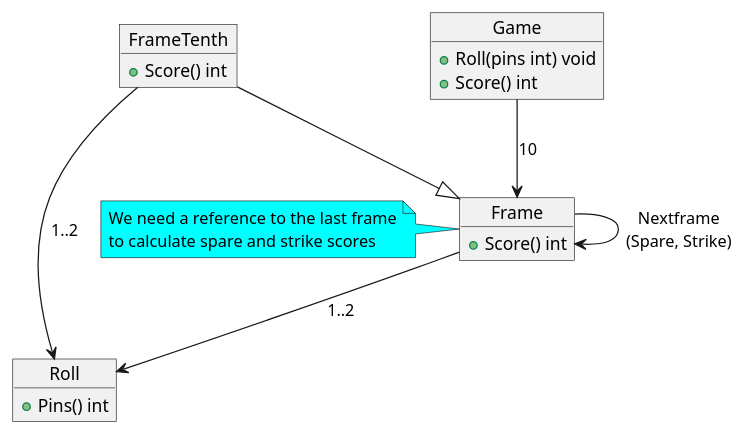
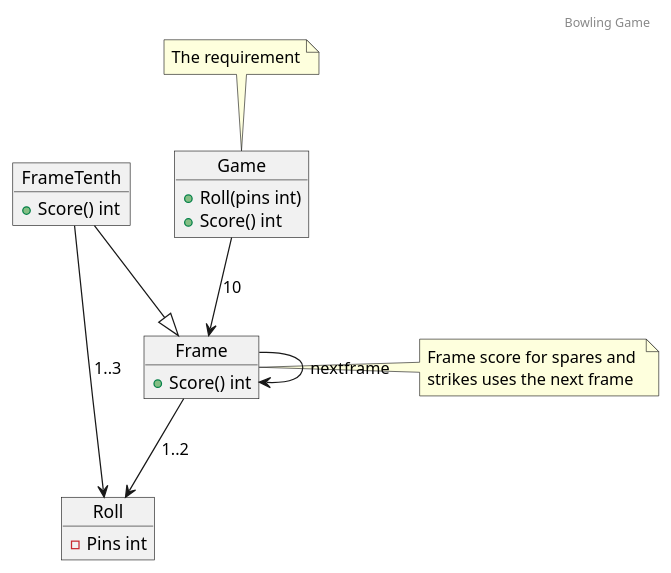
The diagram in go/bowlingGame/design/bowling.puml (Jumziey/bowling-game-kata), drawn with PlantUML before and after one commit.

Commit message:
Updated design to be correct and with some notes and header

```diff
--- a/go/bowlingGame/design/bowling.puml
+++ b/go/bowlingGame/design/bowling.puml
@@ -1,33 +1,41 @@
 @startuml
+header
+Bowling Game
+endheader
 
 object Game {
-	+Roll(pins int) void
+	+Roll(pins int)
 	+Score() int
 }
+
+note top of Game
+	The requirement
+end note
 
 object Frame {
 	+Score() int
 }
+
+Game --> Frame:10
+
+object Roll {
+	-Pins int
+}
+
+Frame --> Roll:1..2
+
+Frame --> Frame:nextframe
+
+note right of Frame
+	Frame score for spares and 
+	strikes uses the next frame
+end note
 
 object FrameTenth {
 	+Score() int
 }
 
 FrameTenth --|> Frame
-Game --> Frame:10
-
-object Roll {
-	+Pins() int
-}
-
-Frame --> Roll:1..2
-FrameTenth --> Roll:1..2
-
-Frame-->Frame: Nextframe\n(Spare, Strike)
-note left of Frame #aqua
-We need a reference to the last frame
-to calculate spare and strike scores
-end note
-
+FrameTenth --> Roll:1..3
 
 @enduml
```
